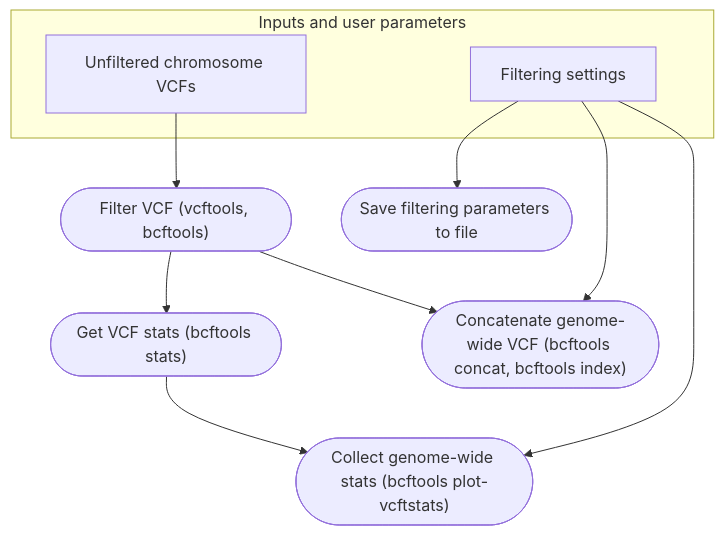
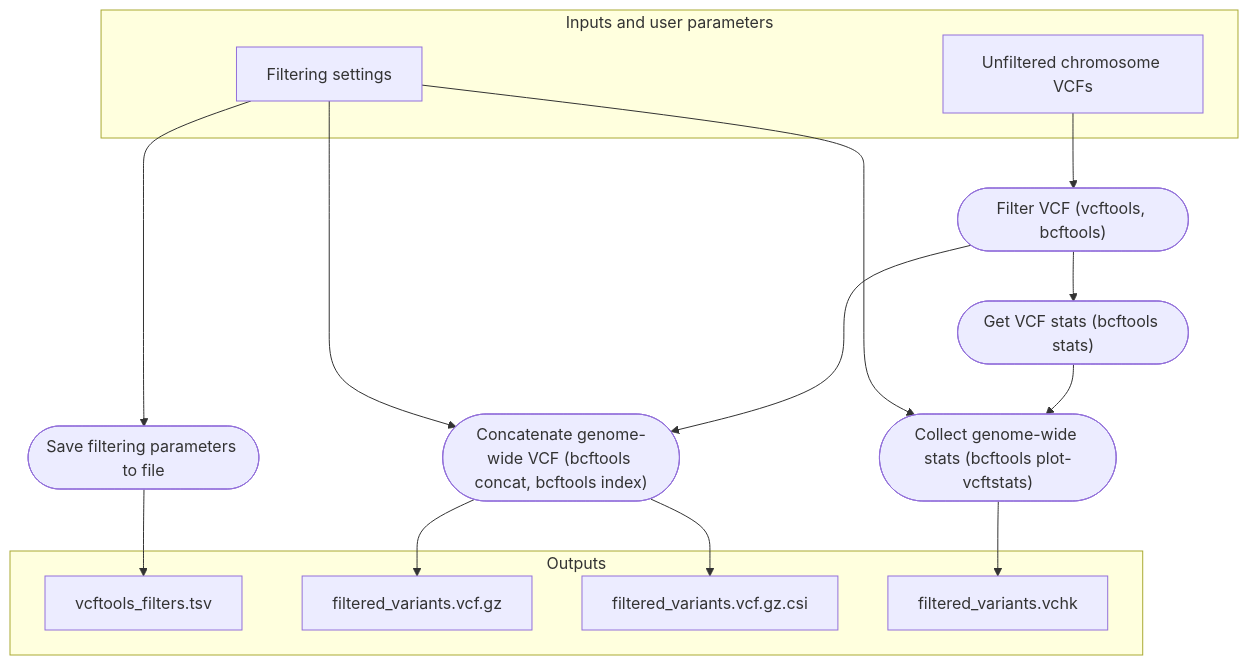
Before and after one commit to EcoEvoGenomics/genotyping_pipeline: the fourth of 5 diagrams in README.md, drawn with Mermaid.

Commit message:
README.md Add outputs to Step 4 mermaid flowchart

````diff
--- a/README.md
+++ b/README.md
@@ -151,19 +151,29 @@
 ```mermaid
 flowchart TB
    subgraph "Inputs and user parameters"
    v5["Filtering settings"]
    v0["Unfiltered chromosome VCFs"]
    end
    v1(["Filter VCF (vcftools, bcftools)"])
    v3(["Get VCF stats (bcftools stats)"])
    v6(["Collect genome-wide stats (bcftools plot-vcftstats)"])
    v7(["Concatenate genome-wide VCF (bcftools concat, bcftools index)"])
    v8(["Save filtering parameters to file"])
    v0 --> v1
    v1 --> v3
    v3 --> v6
    v5 --> v6
    v1 --> v7
    v5 --> v7
    v5 --> v8
+   v8 --> v9
+   v7 --> v10
+   v7 --> v11
+   v6 --> v12
+   subgraph "Outputs"
+   v9["vcftools_filters.tsv"]
+   v10["filtered_variants.vcf.gz"]
+   v11["filtered_variants.vcf.gz.csi"]
+   v12["filtered_variants.vchk"]
+   end
 ```
````
